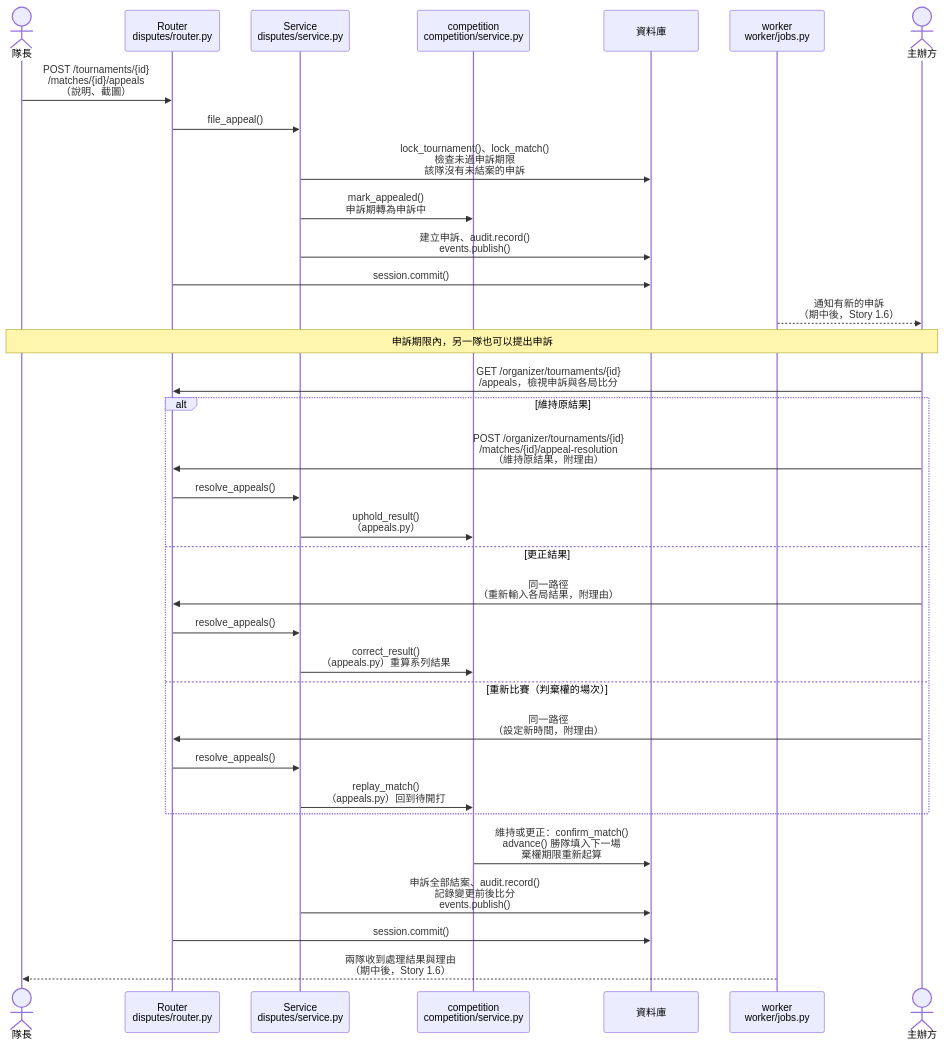
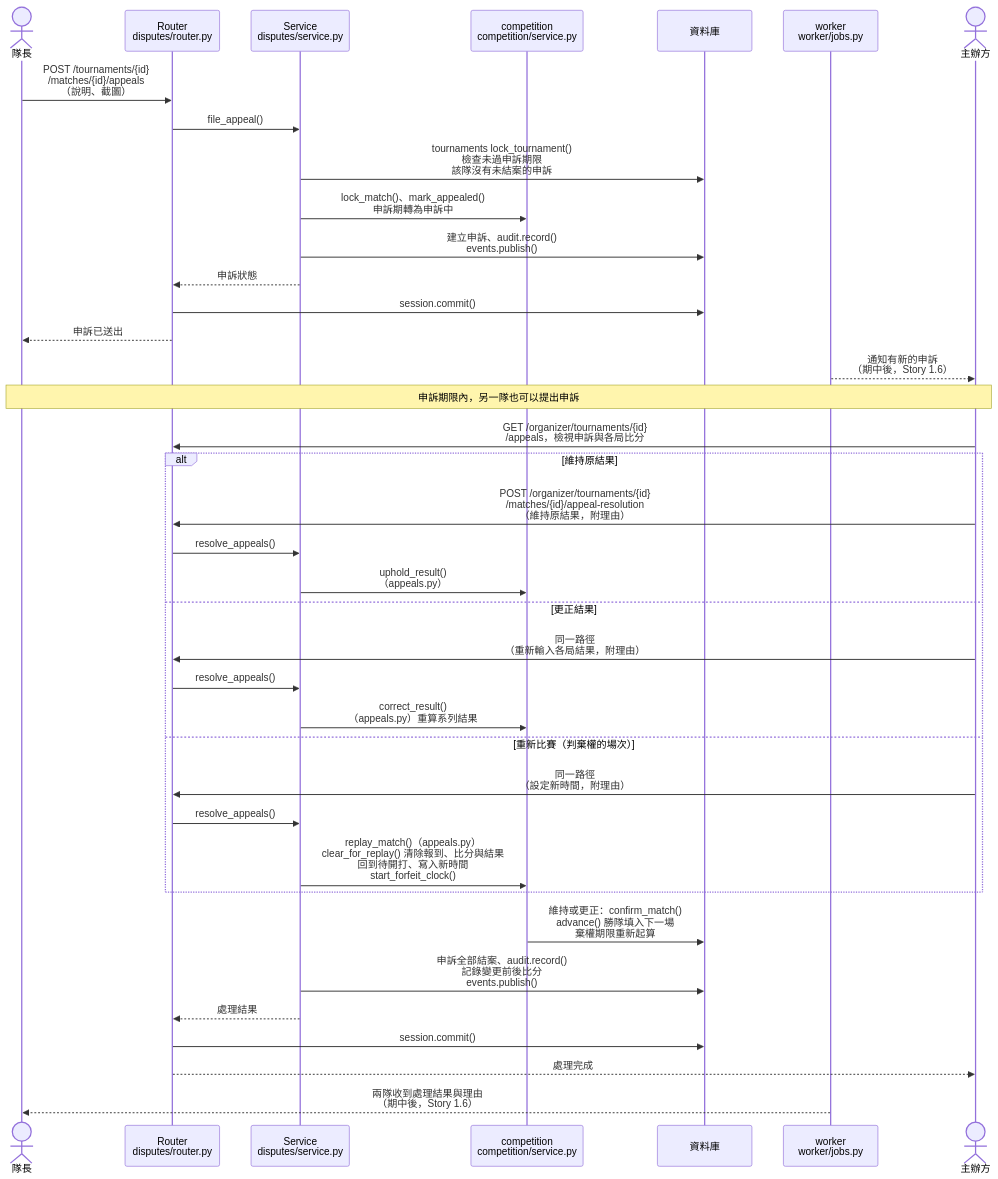
Before and after one commit to Team14good/esport-platform: diagram 19 of 19 in docs/midterm/B-軟體需求分析文件.md, drawn with Mermaid. The commit also changed other lines of this file and 23 other files, not shown here.

First line of the commit message:
docs: 依 PR #92 審查修正 B、C、D 的圖與程式標註

````diff
--- a/docs/midterm/B-軟體需求分析文件.md
+++ b/docs/midterm/B-軟體需求分析文件.md
@@ -1525,36 +1529,40 @@
 ```mermaid
 sequenceDiagram
   actor Cap as 隊長
   participant R as Router<br/>disputes/router.py
   participant S as Service<br/>disputes/service.py
   participant C as competition<br/>competition/service.py
   participant DB as 資料庫
   participant W as worker<br/>worker/jobs.py
   actor Org as 主辦方
   Cap->>R: POST /tournaments/{id}<br/>/matches/{id}/appeals<br/>（說明、截圖）
   R->>S: file_appeal()
-  S->>DB: lock_tournament()、lock_match()<br/>檢查未過申訴期限<br/>該隊沒有未結案的申訴
-  S->>C: mark_appealed()<br/>申訴期轉為申訴中
+  S->>DB: tournaments lock_tournament()<br/>檢查未過申訴期限<br/>該隊沒有未結案的申訴
+  S->>C: lock_match()、mark_appealed()<br/>申訴期轉為申訴中
   S->>DB: 建立申訴、audit.record()<br/>events.publish()
+  S-->>R: 申訴狀態
   R->>DB: session.commit()
+  R-->>Cap: 申訴已送出
   W-->>Org: 通知有新的申訴<br/>（期中後，Story 1.6）
   Note over Cap,Org: 申訴期限內，另一隊也可以提出申訴
   Org->>R: GET /organizer/tournaments/{id}<br/>/appeals，檢視申訴與各局比分
   alt 維持原結果
     Org->>R: POST /organizer/tournaments/{id}<br/>/matches/{id}/appeal-resolution<br/>（維持原結果，附理由）
     R->>S: resolve_appeals()
     S->>C: uphold_result()<br/>（appeals.py）
   else 更正結果
     Org->>R: 同一路徑<br/>（重新輸入各局結果，附理由）
     R->>S: resolve_appeals()
     S->>C: correct_result()<br/>（appeals.py）重算系列結果
   else 重新比賽（判棄權的場次）
     Org->>R: 同一路徑<br/>（設定新時間，附理由）
     R->>S: resolve_appeals()
-    S->>C: replay_match()<br/>（appeals.py）回到待開打
+    S->>C: replay_match()（appeals.py）<br/>clear_for_replay() 清除報到、比分與結果<br/>回到待開打、寫入新時間<br/>start_forfeit_clock()
   end
   C->>DB: 維持或更正：confirm_match()<br/>advance() 勝隊填入下一場<br/>棄權期限重新起算
   S->>DB: 申訴全部結案、audit.record()<br/>記錄變更前後比分<br/>events.publish()
+  S-->>R: 處理結果
   R->>DB: session.commit()
+  R-->>Org: 處理完成
   W-->>Cap: 兩隊收到處理結果與理由<br/>（期中後，Story 1.6）
 ```
````
